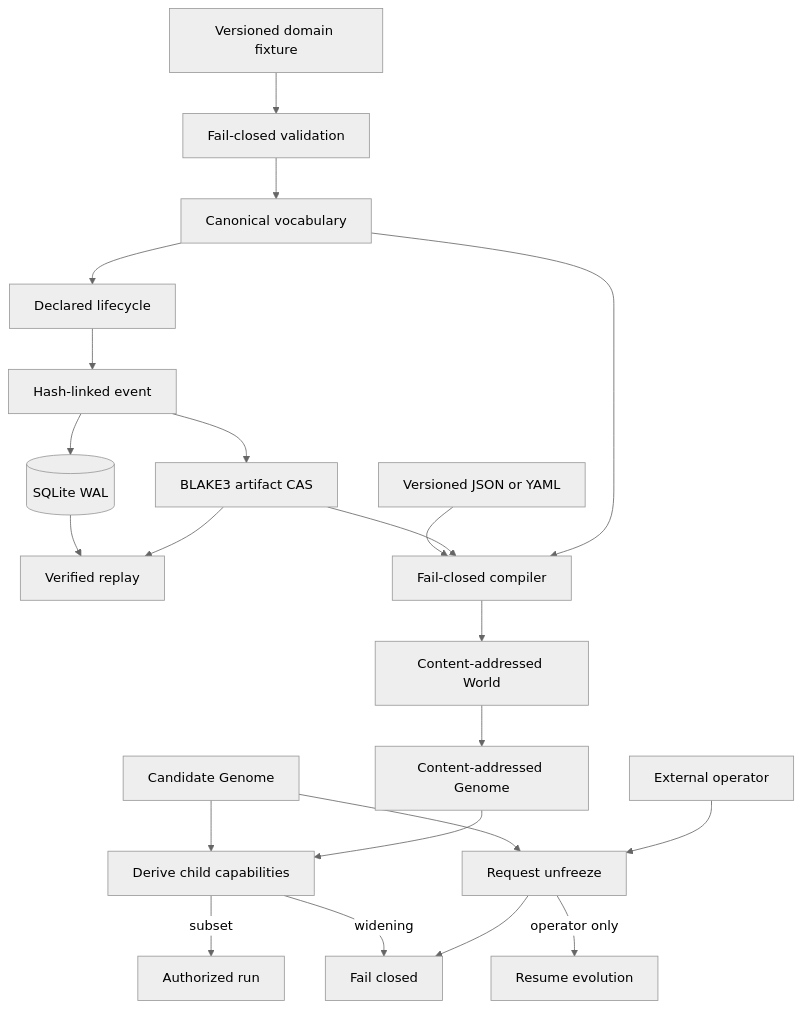
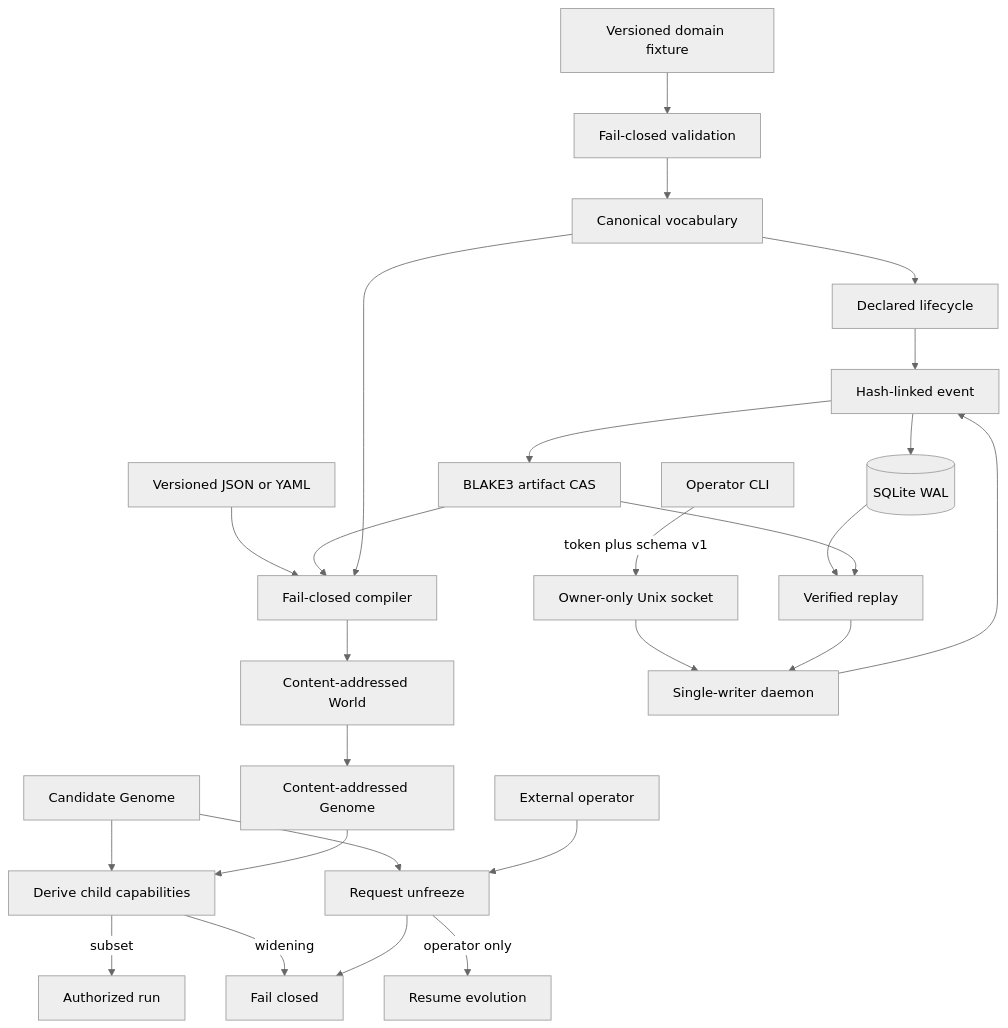
Before and after one commit to randyren278/Hephaestus: the diagram in docs/ARCHITECTURE.md, drawn with Mermaid (neutral theme). The commit also changed other lines of this file and 16 other files, not shown here.

````diff
--- a/docs/ARCHITECTURE.md
+++ b/docs/ARCHITECTURE.md
@@ -5,24 +5,28 @@
 ```mermaid
 flowchart TD
     Candidate[Candidate Genome] --> Derive[Derive child capabilities]
     Derive -->|subset| Run[Authorized run]
     Derive -->|widening| Deny[Fail closed]
     Candidate --> Unfreeze[Request unfreeze]
     Unfreeze --> Deny
     Operator[External operator] --> Unfreeze
     Unfreeze -->|operator only| Resume[Resume evolution]
     Fixture[Versioned domain fixture] --> Validate[Fail-closed validation]
     Validate --> Vocabulary[Canonical vocabulary]
     Vocabulary --> Lifecycle[Declared lifecycle]
     Lifecycle --> Event[Hash-linked event]
     Event --> SQLite[(SQLite WAL)]
     Event --> CAS[BLAKE3 artifact CAS]
     SQLite --> Replay[Verified replay]
     CAS --> Replay
     Source[Versioned JSON or YAML] --> Compile[Fail-closed compiler]
     CAS --> Compile
     Vocabulary --> Compile
     Compile --> World[Content-addressed World]
     World --> Genome[Content-addressed Genome]
     Genome --> Derive
+    CLI[Operator CLI] -->|token plus schema v1| Socket[Owner-only Unix socket]
+    Socket --> Daemon[Single-writer daemon]
+    Daemon --> Event
+    Replay --> Daemon
 ```
````
